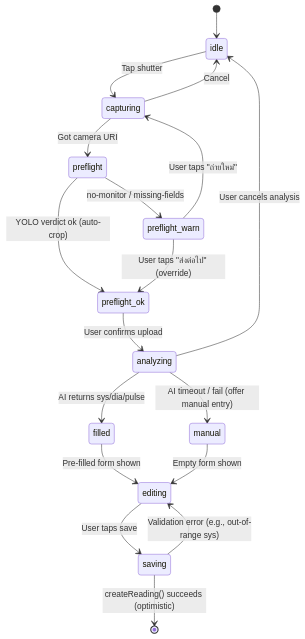
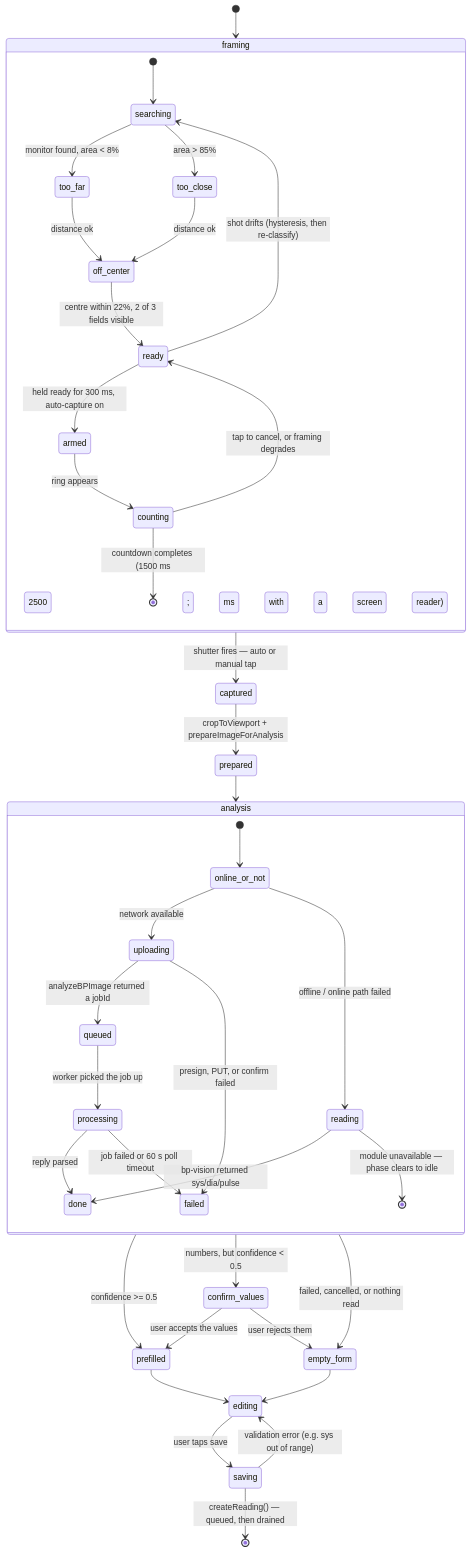
Before and after one commit to vanTHkrab/BP-Monitor-Application: the diagram in docs/architecture/state-camera.md, drawn with Mermaid. The commit also changed other lines of this file and 32 other files, not shown here.

First line of the commit message:
docs(web): correct every diagram against the code, add four

````diff
--- a/docs/architecture/state-camera.md
+++ b/docs/architecture/state-camera.md
@@ -20,26 +22,51 @@
 ```mermaid
 stateDiagram-v2
-    [*] --> idle
+    [*] --> framing
 
-    idle --> capturing: Tap shutter
-    capturing --> preflight: Got camera URI
-    capturing --> idle: Cancel
+    state framing {
+        [*] --> searching
+        searching --> too_far: monitor found, area < 8%
+        searching --> too_close: area > 85%
+        too_far --> off_center: distance ok
+        too_close --> off_center: distance ok
+        off_center --> ready: centre within 22%, 2 of 3 fields visible
+        ready --> searching: shot drifts (hysteresis, then re-classify)
+        ready --> armed: held ready for 300 ms, auto-capture on
+        armed --> counting: ring appears
+        counting --> ready: tap to cancel, or framing degrades
+        counting --> [*]: countdown completes (1500 ms; 2500 ms with a screen reader)
+    }
 
-    preflight --> preflight_ok: YOLO verdict ok (auto-crop)
-    preflight --> preflight_warn: no-monitor / missing-fields
+    framing --> captured: shutter fires — auto or manual tap
+    captured --> prepared: cropToViewport + prepareImageForAnalysis
 
-    preflight_warn --> preflight_ok: User taps "ส่งต่อไป" (override)
-    preflight_warn --> capturing: User taps "ถ่ายใหม่"
+    state analysis {
+        [*] --> online_or_not
+        state online_or_not <<choice>>
+        online_or_not --> uploading: network available
+        online_or_not --> reading: offline / online path failed
 
-    preflight_ok --> analyzing: User confirms upload
-    analyzing --> filled: AI returns sys/dia/pulse
-    analyzing --> manual: AI timeout / fail (offer manual entry)
-    analyzing --> idle: User cancels analysis
+        uploading --> queued: analyzeBPImage returned a jobId
+        queued --> processing: worker picked the job up
+        processing --> done: reply parsed
+        processing --> failed: job failed or 60 s poll timeout
+        uploading --> failed: presign, PUT, or confirm failed
 
-    filled --> editing: Pre-filled form shown
-    manual --> editing: Empty form shown
+        reading --> done: bp-vision returned sys/dia/pulse
+        reading --> [*]: module unavailable — phase clears to idle
+    }
 
-    editing --> saving: User taps save
-    saving --> [*]: createReading() succeeds (optimistic)
-    saving --> editing: Validation error (e.g., out-of-range sys)
+    prepared --> analysis
+    analysis --> prefilled: confidence >= 0.5
+    analysis --> confirm_values: numbers, but confidence < 0.5
+    analysis --> empty_form: failed, cancelled, or nothing read
+
+    confirm_values --> prefilled: user accepts the values
+    confirm_values --> empty_form: user rejects them
+
+    prefilled --> editing
+    empty_form --> editing
+    editing --> saving: user taps save
+    saving --> editing: validation error (e.g. sys out of range)
+    saving --> [*]: createReading() — queued, then drained
 ```
````
